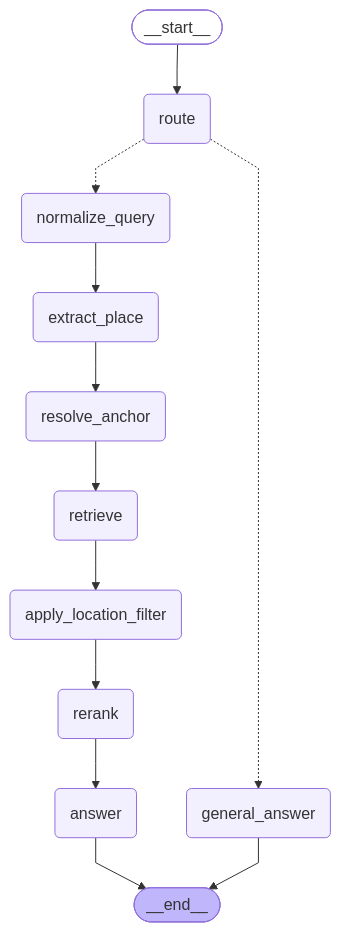
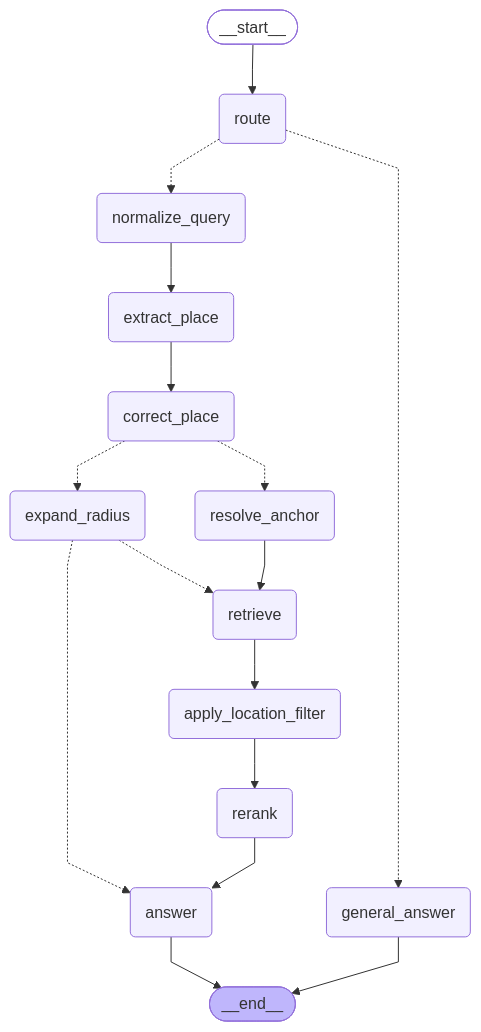
One commit to RecSys02/AI changed the diagram in data/langgraph.mmd. Above: the diagram before and after it, drawn with Mermaid. The commit also changed 17 other files, not shown here.

```diff
--- a/data/langgraph.mmd
+++ b/data/langgraph.mmd
@@ -1,31 +1,37 @@
 ---
 config:
   flowchart:
     curve: linear
 ---
 graph TD;
 	__start__([<p>__start__</p>]):::first
 	route(route)
 	normalize_query(normalize_query)
 	extract_place(extract_place)
+	correct_place(correct_place)
+	expand_radius(expand_radius)
 	resolve_anchor(resolve_anchor)
 	retrieve(retrieve)
 	apply_location_filter(apply_location_filter)
 	rerank(rerank)
 	answer(answer)
 	general_answer(general_answer)
 	__end__([<p>__end__</p>]):::last
 	__start__ --> route;
 	apply_location_filter --> rerank;
-	extract_place --> resolve_anchor;
+	correct_place -.-> expand_radius;
+	correct_place -.-> resolve_anchor;
+	expand_radius -.-> answer;
+	expand_radius -.-> retrieve;
+	extract_place --> correct_place;
 	normalize_query --> extract_place;
 	rerank --> answer;
 	resolve_anchor --> retrieve;
 	retrieve --> apply_location_filter;
 	route -.-> general_answer;
 	route -.-> normalize_query;
 	answer --> __end__;
 	general_answer --> __end__;
 	classDef default fill:#f2f0ff,line-height:1.2
 	classDef first fill-opacity:0
 	classDef last fill:#bfb6fc
```
